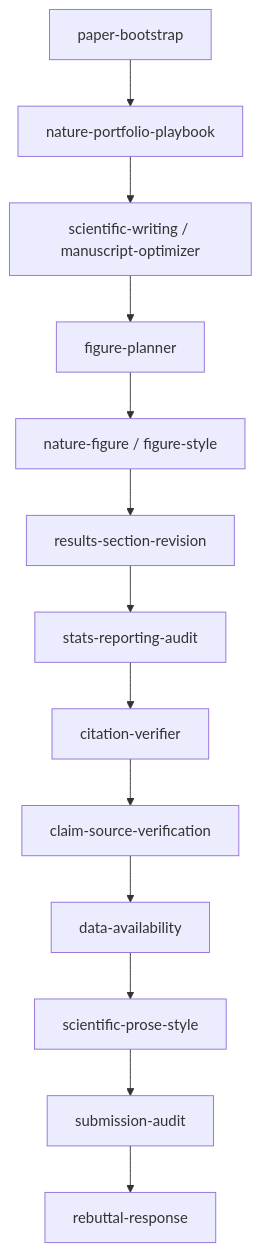
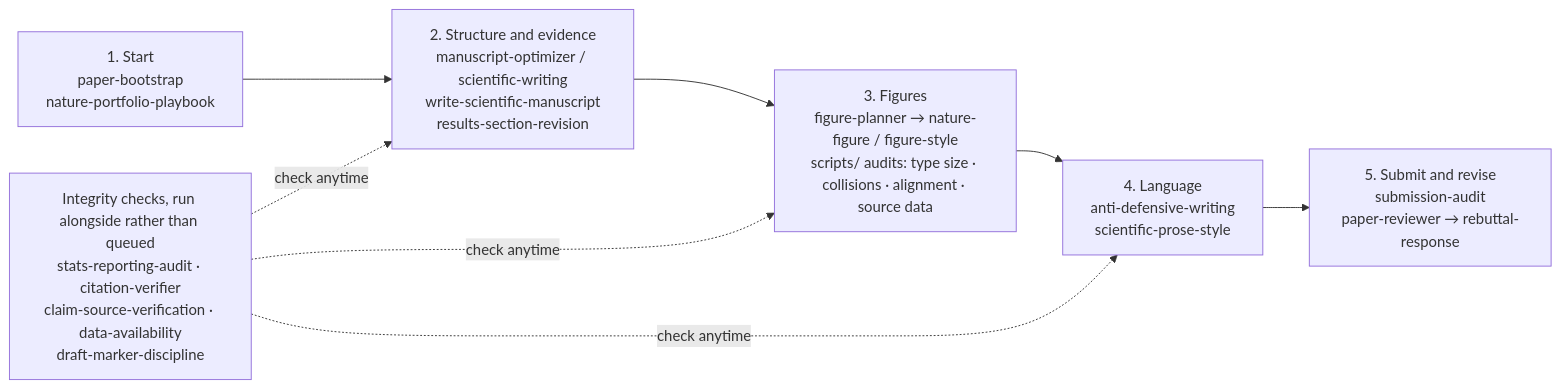
One commit to Boom5426/Nature-Paper-Skills changed the diagram in README.en.md. Above: the diagram before and after it, drawn with Mermaid. The commit also changed other lines of this file and 50 other files, not shown here.

First line of the commit message:
feat: give the figure layer an executable audit stack, and fix what it caught

````diff
--- a/README.en.md
+++ b/README.en.md
@@ -131,15 +133,13 @@
 ```mermaid
-flowchart TD
-    A[paper-bootstrap] --> B[nature-portfolio-playbook]
-    B --> C["scientific-writing / manuscript-optimizer"]
-    C --> D[figure-planner]
-    D --> E["nature-figure / figure-style"]
-    E --> F[results-section-revision]
-    F --> G[stats-reporting-audit]
-    G --> H[citation-verifier]
-    H --> H2[claim-source-verification]
-    H2 --> I[data-availability]
-    I --> J[scientific-prose-style]
-    J --> K[submission-audit]
-    K --> L[rebuttal-response]
+flowchart LR
+    A["1. Start<br/>paper-bootstrap<br/>nature-portfolio-playbook"]
+    B["2. Structure and evidence<br/>manuscript-optimizer / scientific-writing<br/>write-scientific-manuscript<br/>results-section-revision"]
+    C["3. Figures<br/>figure-planner → nature-figure / figure-style<br/>scripts/ audits: type size · collisions · alignment · source data"]
+    D["4. Language<br/>anti-defensive-writing<br/>scientific-prose-style"]
+    E["5. Submit and revise<br/>submission-audit<br/>paper-reviewer → rebuttal-response"]
+    F["Integrity checks, run alongside rather than queued<br/>stats-reporting-audit · citation-verifier<br/>claim-source-verification · data-availability<br/>draft-marker-discipline"]
+    A --> B --> C --> D --> E
+    F -.check anytime.-> B
+    F -.check anytime.-> C
+    F -.check anytime.-> D
 ```
````
